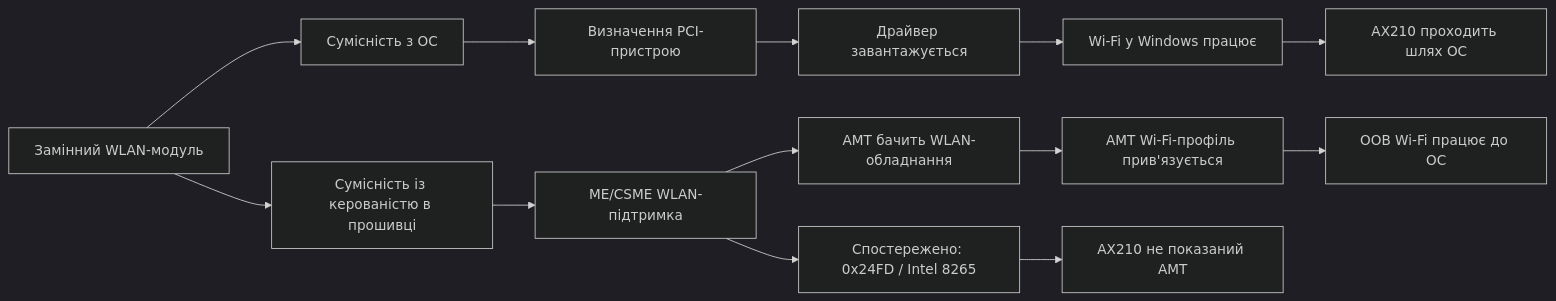
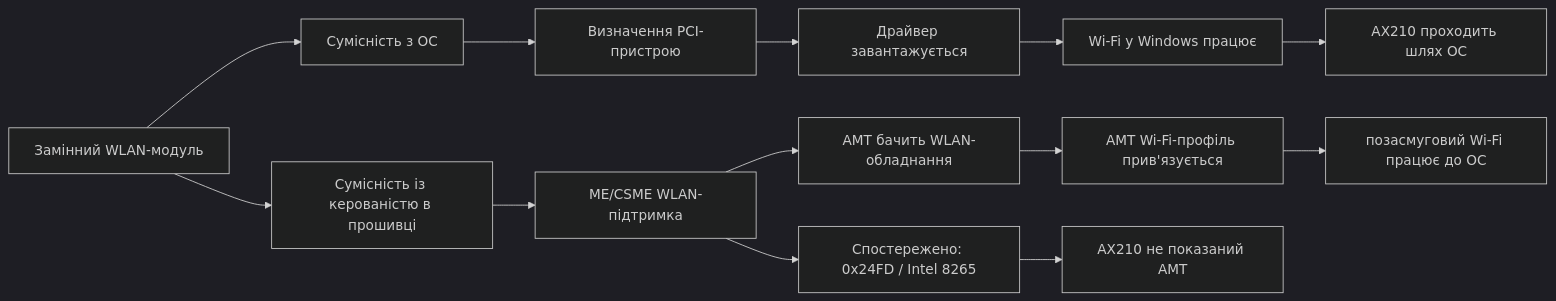
Before and after one commit to Tarasevych/hp-elitebook-840-g5-ax210-amt-wifi-compatibility-Ukrainian: the second of 5 diagrams in docs/звіт-сумісності.md, drawn with Mermaid (dark theme). The commit also changed other lines of this file and 22 other files, not shown here.

````diff
--- a/docs/звіт-сумісності.md
+++ b/docs/звіт-сумісності.md
@@ -118,18 +118,18 @@
 ```mermaid
 flowchart LR
     H["Замінний WLAN-модуль"] --> OS["Сумісність з ОС"]
     H --> FW["Сумісність із керованістю в прошивці"]
 
     OS --> OS1["Визначення PCI-пристрою"]
     OS1 --> OS2["Драйвер завантажується"]
     OS2 --> OS3["Wi-Fi у Windows працює"]
 
     FW --> FW1["ME/CSME WLAN-підтримка"]
     FW1 --> FW2["AMT бачить WLAN-обладнання"]
     FW2 --> FW3["AMT Wi-Fi-профіль прив'язується"]
-    FW3 --> FW4["OOB Wi-Fi працює до ОС"]
+    FW3 --> FW4["позасмуговий Wi-Fi працює до ОС"]
 
     OS3 --> OK["AX210 проходить шлях ОС"]
     FW1 --> OLD["Спостережено: 0x24FD / Intel 8265"]
     OLD --> STOP["AX210 не показаний AMT"]
 ```
````
